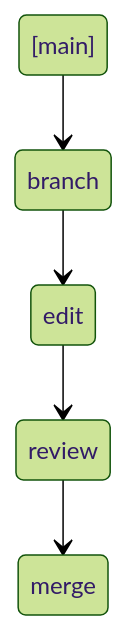
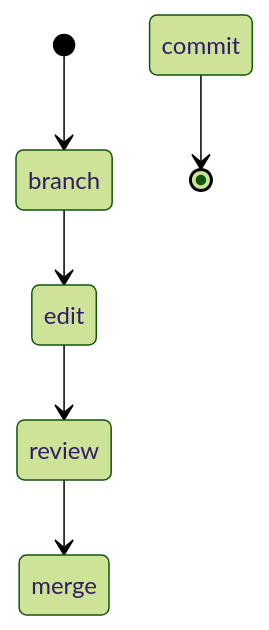
The first of 2 diagrams in README.md (sdncoder/sdncoder.github.io), drawn with Mermaid (forest theme) before and after one commit.

````diff
--- a/README.md
+++ b/README.md
@@ -7,7 +7,8 @@
 ```mermaid
    stateDiagram
-    [main] --> branch
+    [*] --> branch
     branch --> edit
     edit --> review
     review --> merge
+    commit --> [*]
  ```
````
